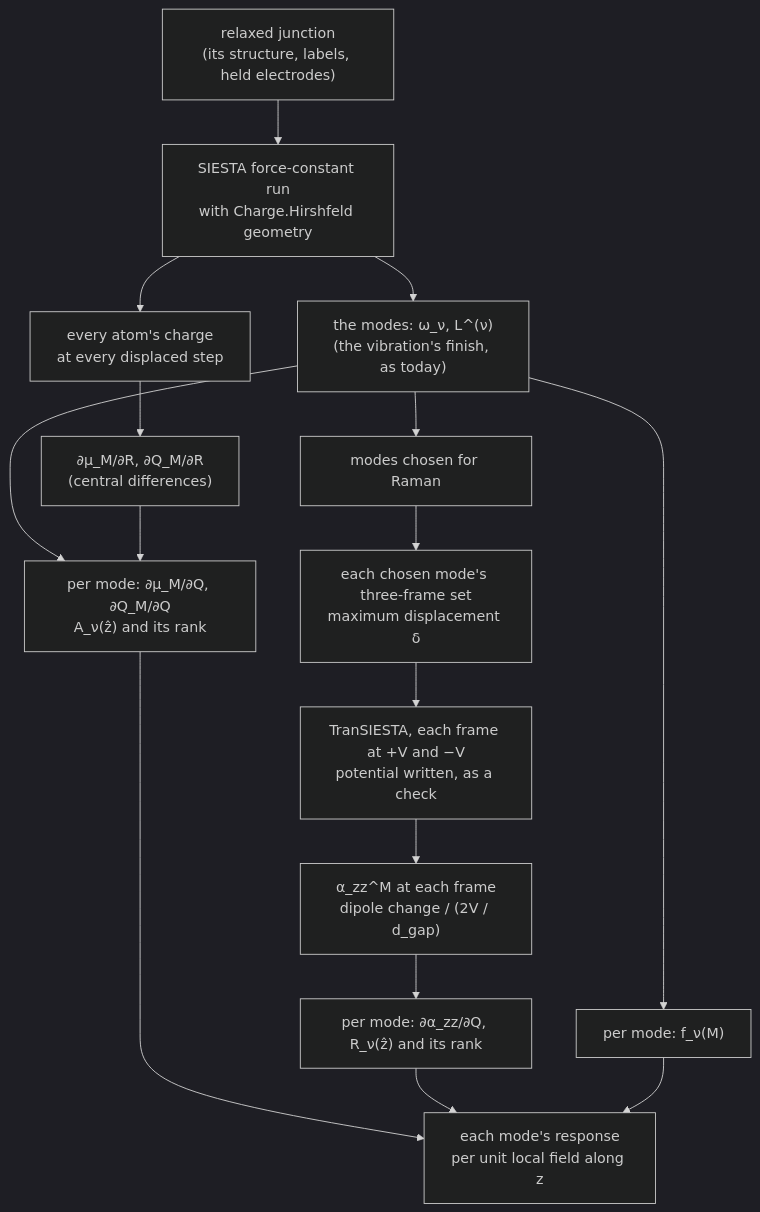
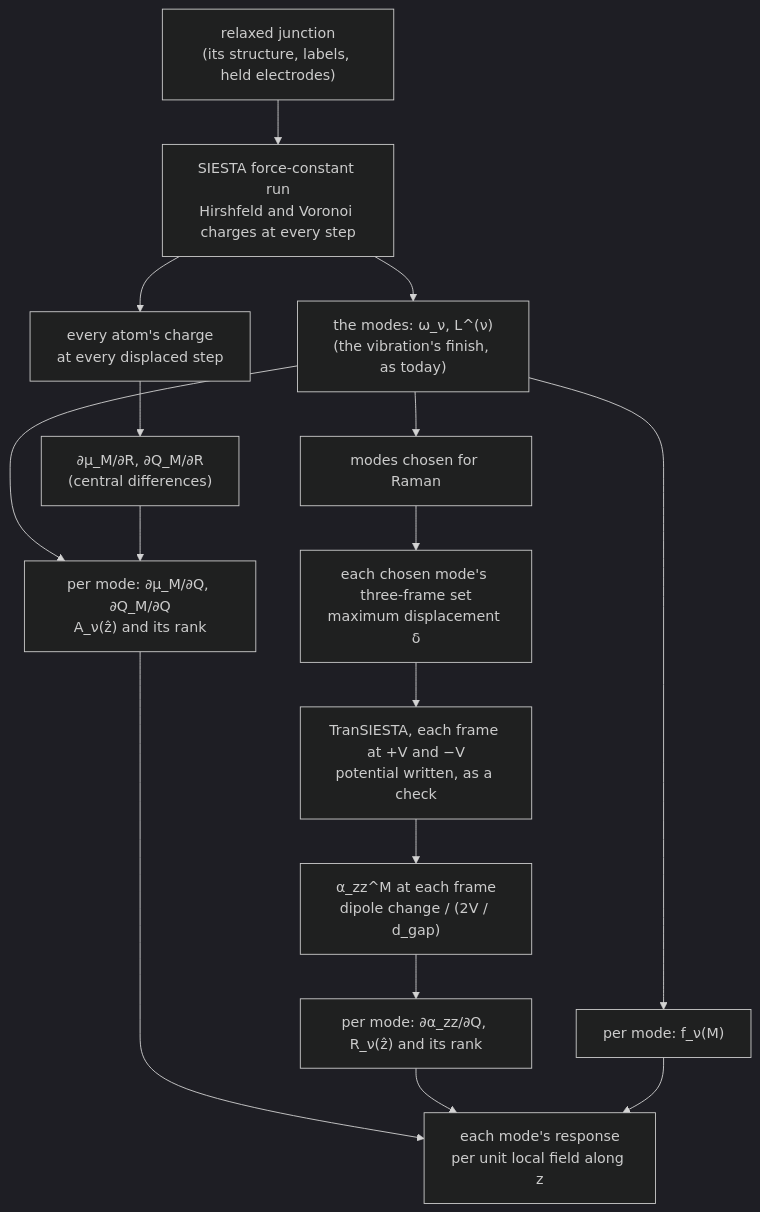
One commit to Qing-LAB/molbuilder changed the diagram in docs/science/vibrational-optical-response.md. Above: the diagram before and after it, drawn with Mermaid (dark theme). The commit also changed other lines of this file and 3 other files, not shown here.

First line of the commit message:
Charge partition decided: Hirshfeld and Voronoi both computed, Hirshfeld shown by default

````diff
--- a/docs/science/vibrational-optical-response.md
+++ b/docs/science/vibrational-optical-response.md
@@ -340,18 +407,18 @@
 ```mermaid
 flowchart TD
-    J["relaxed junction<br/>(its structure, labels, held electrodes)"] --> FC["SIESTA force-constant run<br/>with Charge.Hirshfeld geometry"]
+    J["relaxed junction<br/>(its structure, labels, held electrodes)"] --> FC["SIESTA force-constant run<br/>Hirshfeld and Voronoi charges at every step"]
     FC --> MODES["the modes: ω_ν, L^(ν)<br/>(the vibration's finish, as today)"]
     FC --> QS["every atom's charge<br/>at every displaced step"]
     QS --> D["∂μ_M/∂R, ∂Q_M/∂R<br/>(central differences)"]
     MODES --> IR["per mode: ∂μ_M/∂Q, ∂Q_M/∂Q<br/>A_ν(ẑ) and its rank"]
     D --> IR
     MODES --> LOC["per mode: f_ν(M)"]
     MODES --> SEL["modes chosen for Raman"]
     SEL --> FR["each chosen mode's three-frame set<br/>maximum displacement δ"]
     FR --> TS["TranSIESTA, each frame at +V and −V<br/>potential written, as a check"]
     TS --> AZ["α_zz^M at each frame<br/>dipole change / (2V / d_gap)"]
     AZ --> RA["per mode: ∂α_zz/∂Q, R_ν(ẑ) and its rank"]
     IR --> OUT["each mode's response<br/>per unit local field along z"]
     RA --> OUT
     LOC --> OUT
 ```
````
